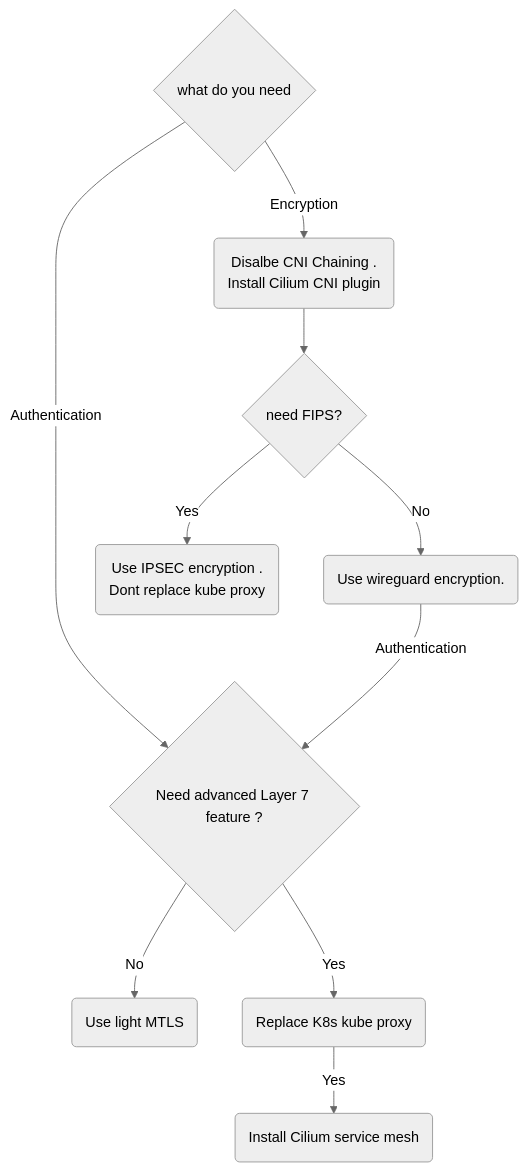
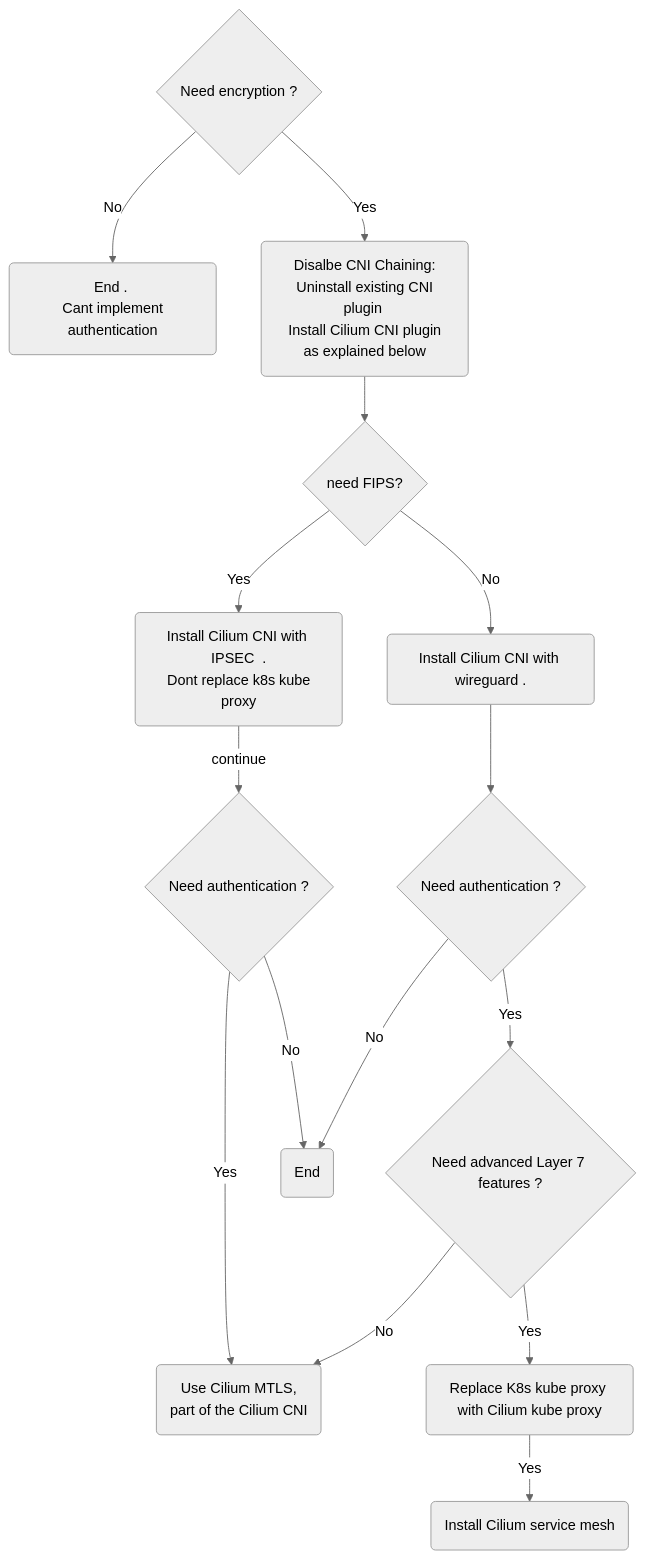
Before and after one commit to yanivpaz/cilium-deployment: the diagram in README.md, drawn with Mermaid (neutral theme). The commit also changed other lines of this file, not shown here.

````diff
--- a/README.md
+++ b/README.md
@@ -5,13 +6,26 @@
 ```mermaid
 graph TD
-   A{what do you need }
-   A -->|Authentication| B{Need advanced Layer 7 feature ?} 
-   B -->|No| D(Use light MTLS)
-   B -->|Yes| E(Replace K8s kube proxy)
-   E -->|Yes| M(Install Cilium service mesh)
+A{Need encryption ? }
+A -->|No| Q(End . <br> Cant implement authentication) 
 
-   A -->|Encryption|H(Disalbe CNI Chaining .<br> Install Cilium CNI plugin )
-   H -->  C{need FIPS?} -->|No| G(Use wireguard encryption.)
-   G --> |Authentication| B
-   C -->|Yes | F(Use IPSEC encryption .<br> Dont replace kube proxy)
+   
+ B{Need advanced Layer 7 features ?} -->|No| D(Use Cilium MTLS,<Br> part of the Cilium CNI)
+B -->|Yes| E(Replace K8s kube proxy with Cilium kube proxy)
+E -->|Yes| M(Install Cilium service mesh)
+
+
+
+A -->|Yes |H(Disalbe CNI Chaining:<br> Uninstall existing CNI plugin <br> Install Cilium CNI plugin as explained below )
+H -->  C{need FIPS?} -->|No| G(Install Cilium CNI with wireguard .)
+C -->|Yes | F(Install Cilium CNI with IPSEC  .<br> Dont replace k8s kube proxy)
+K -->|No| X(End)
+
+F -->|continue| T{Need authentication ?} 
+T -->|Yes| D
+
+G --> K{Need authentication ?} -->|Yes|B 
+T -->|No| X(End)
+
+
+
 ```
````
